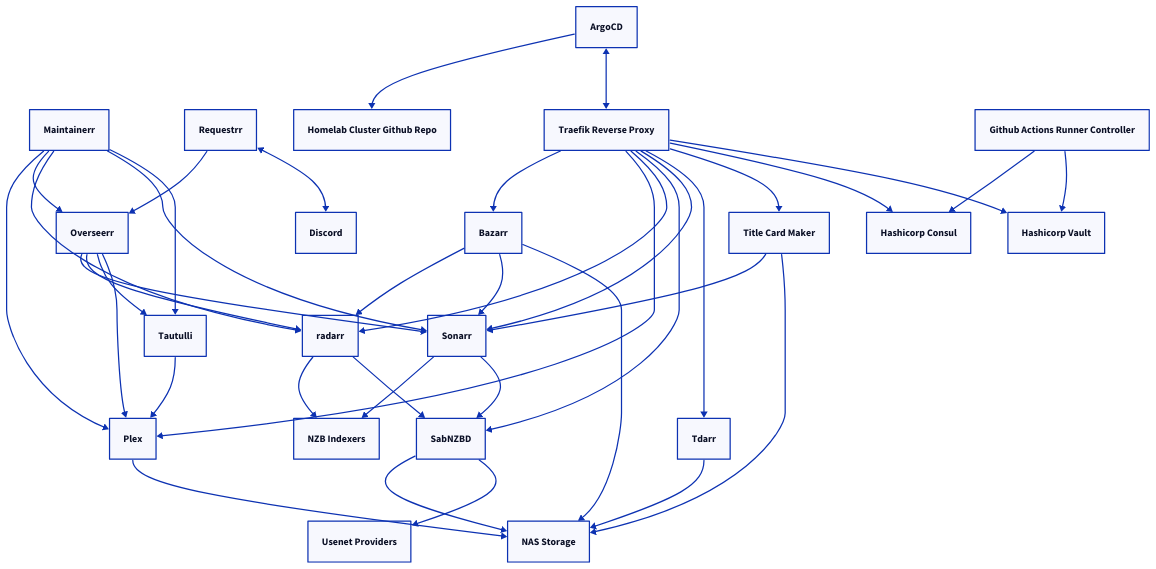
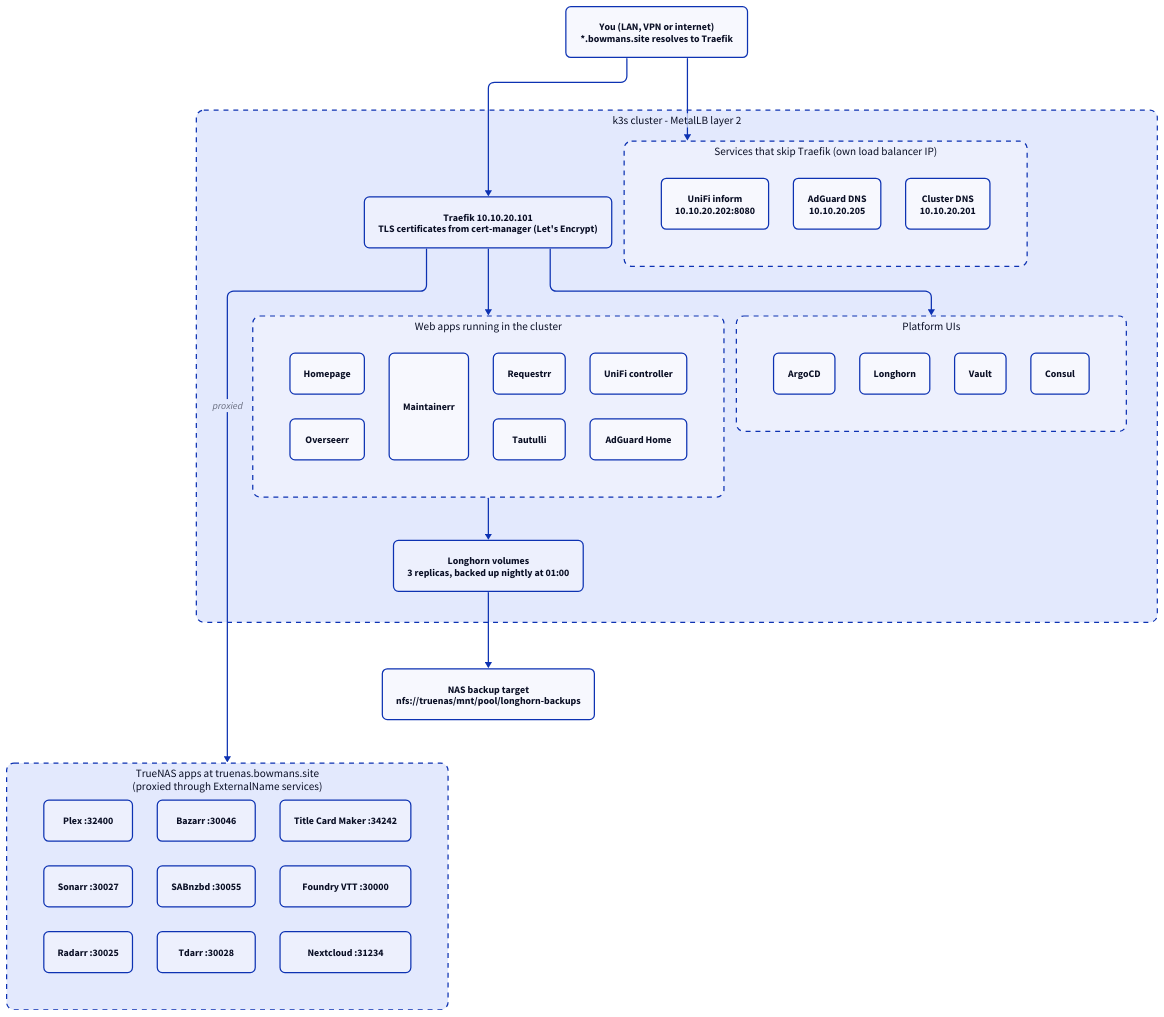
One commit to sam-bowman/homelab-cluster changed the diagram in diagram/applications.d2. Above: the diagram before and after it, drawn with D2. The commit also changed other lines of this file and 10 other files, not shown here.

Commit message:
README + diagrams

```diff
--- a/diagram/applications.d2
+++ b/diagram/applications.d2
@@ -1,130 +1,91 @@
-tautulli: {
-    label: "Tautulli"
-}
-plex: {
-    label: "Plex"
+# What runs where, and how requests reach it.
+# Render: d2 applications.d2 applications.svg
+vars: {
+  d2-config: {
+    layout-engine: elk
+    theme-id: 0
+    dark-theme-id: 200
+    pad: 40
+  }
 }
 
-tautulli -> plex
+direction: down
 
-nas: {
-    label: "NAS Storage"
+classes: {
+  box: {
+    style: {
+      border-radius: 8
+    }
+  }
+  group: {
+    style: {
+      border-radius: 12
+      stroke-dash: 4
+      font-size: 18
+    }
+  }
 }
 
-plex -> nas
+users: "You (LAN, VPN or internet)\n*.bowmans.site resolves to Traefik" {class: box}
 
-sonarr: {
-    label: "Sonarr"
-}
-radarr: {
-    label: "radarr"
-}
-sabnzbd: {
-    label: "SabNZBD"
-}
-usenet_providers: {
-    label: "Usenet Providers"
-}
-nzb_indexers: {
-    label: "NZB Indexers"
+cluster: "k3s cluster - MetalLB layer 2" {
+  class: group
+
+  traefik: "Traefik 10.10.20.101\nTLS certificates from cert-manager (Let's Encrypt)" {class: box}
+
+  apps: "Web apps running in the cluster" {
+    class: group
+    grid-columns: 4
+    homepage: Homepage {class: box}
+    overseerr: Overseerr {class: box}
+    maintainerr: Maintainerr {class: box}
+    requestrr: Requestrr {class: box}
+    tautulli: Tautulli {class: box}
+    unifi: "UniFi controller" {class: box}
+    adguard: "AdGuard Home" {class: box}
+  }
+
+  platform: "Platform UIs" {
+    class: group
+    grid-columns: 4
+    argocd: ArgoCD {class: box}
+    longhorn: Longhorn {class: box}
+    vault: Vault {class: box}
+    consul: Consul {class: box}
+  }
+
+  direct: "Services that skip Traefik (own load balancer IP)" {
+    class: group
+    grid-columns: 3
+    unifi_ip: "UniFi inform\n10.10.20.202:8080" {class: box}
+    adguard_ip: "AdGuard DNS\n10.10.20.205" {class: box}
+    dns_ip: "Cluster DNS\n10.10.20.201" {class: box}
+  }
+
+  storage: "Longhorn volumes\n3 replicas, backed up nightly at 01:00" {class: box}
+
+  traefik -> apps
+  traefik -> platform
+  apps -> storage
 }
 
-nzb_indexers <- sonarr
-nzb_indexers <- radarr
-
-sonarr -> sabnzbd
-radarr -> sabnzbd
-
-sabnzbd -> nas
-
-usenet_providers <- sabnzbd
-
-overseerr: {
-    label: "Overseerr"
+truenas: "TrueNAS apps at truenas.bowmans.site\n(proxied through ExternalName services)" {
+  class: group
+  grid-columns: 3
+  plex: "Plex :32400" {class: box}
+  sonarr: "Sonarr :30027" {class: box}
+  radarr: "Radarr :30025" {class: box}
+  bazarr: "Bazarr :30046" {class: box}
+  sabnzbd: "SABnzbd :30055" {class: box}
+  tdarr: "Tdarr :30028" {class: box}
+  titlecardmaker: "Title Card Maker :34242" {class: box}
+  foundry: "Foundry VTT :30000" {class: box}
+  nextcloud: "Nextcloud :31234" {class: box}
 }
 
-overseerr -> sonarr
-overseerr -> radarr
-overseerr -> tautulli
-overseerr -> plex
+backup: "NAS backup target\nnfs://truenas/mnt/pool/longhorn-backups" {class: box}
 
-maintainerr: {
-    label: "Maintainerr"
-}
-
-maintainerr -> plex
-maintainerr -> overseerr
-maintainerr -> radarr
-maintainerr -> sonarr
-maintainerr -> tautulli
-
-requestrr: {
-    label: "Requestrr"
-}
-discord: {
-    label: "Discord"
-}
-
-requestrr -> overseerr
-requestrr <-> discord
-
-bazarr: {
-    label: "Bazarr"
-}
-
-bazarr -> radarr
-bazarr -> sonarr
-bazarr -> nas
-
-titlecardmaker: {
-    label: "Title Card Maker"
-}
-
-titlecardmaker -> sonarr
-titlecardmaker -> nas
-
-tdarr: {
-    label: "Tdarr"
-}
-
-tdarr -> nas
-
-homelab_cluster_github: {
-    label: "Homelab Cluster Github Repo"
-}
-argocd: {
-    label: "ArgoCD"
-}
-
-homelab_cluster_github <- argocd
-
-traefik: {
-    label: "Traefik Reverse Proxy"
-}
-
-argocd <-> traefik
-
-traefik -> bazarr
-traefik -> plex
-traefik -> radarr
-traefik -> sabnzbd
-traefik -> sonarr
-traefik -> tdarr
-traefik -> titlecardmaker
-
-consul: {
-    label: "Hashicorp Consul"
-}
-vault: {
-    label: "Hashicorp Vault"
-}
-
-traefik -> consul
-traefik -> vault
-
-github_arc: {
-    label: "Github Actions Runner Controller"
-}
-
-github_arc -> consul
-github_arc -> vault
+users -> cluster.traefik
+users -> cluster.direct
+cluster.traefik -> truenas: proxied
+cluster.storage -> backup
```
